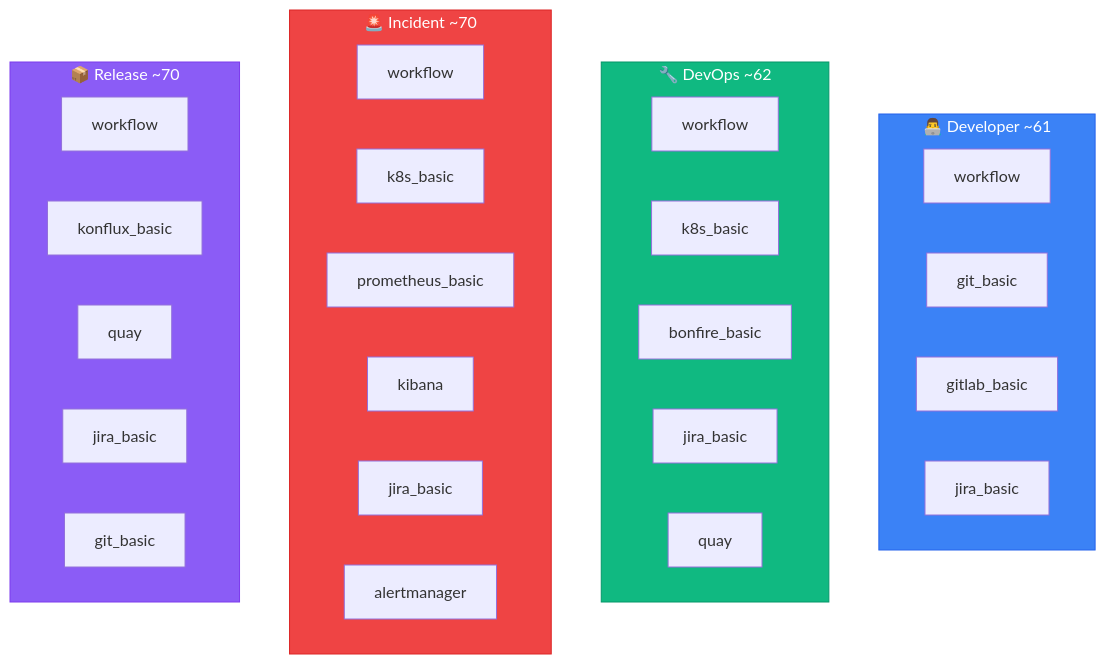
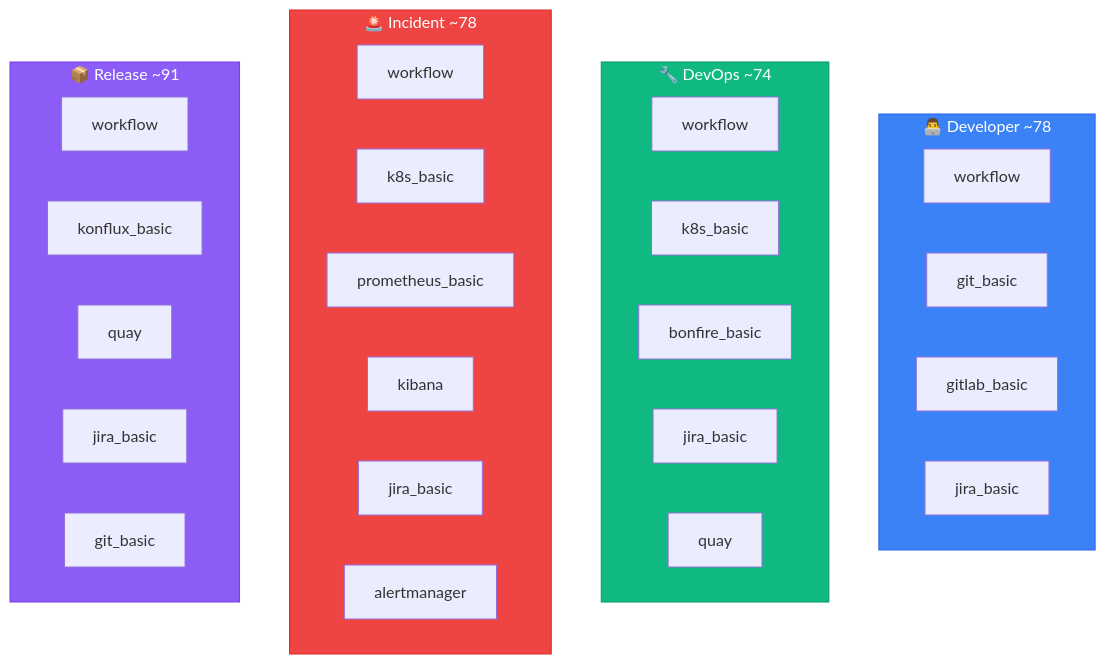
Before and after one commit to dmzoneill/redhat-ai-workflow: the second of 2 diagrams in docs/personas/README.md, drawn with Mermaid. The commit also changed other lines of this file and 70 other files, not shown here.

````diff
--- a/docs/personas/README.md
+++ b/docs/personas/README.md
@@ -71,39 +71,39 @@
 ```mermaid
 graph TD
-    subgraph Developer["👨‍💻 Developer ~61"]
+    subgraph Developer["👨‍💻 Developer ~78"]
         D_WF[workflow]
         D_GIT[git_basic]
         D_GITLAB[gitlab_basic]
         D_JIRA[jira_basic]
     end
 
-    subgraph DevOps["🔧 DevOps ~62"]
+    subgraph DevOps["🔧 DevOps ~74"]
         O_WF[workflow]
         O_K8S[k8s_basic]
         O_BON[bonfire_basic]
         O_JIRA[jira_basic]
         O_QUAY[quay]
     end
 
-    subgraph Incident["🚨 Incident ~70"]
+    subgraph Incident["🚨 Incident ~78"]
         I_WF[workflow]
         I_K8S[k8s_basic]
         I_PROM[prometheus_basic]
         I_KIB[kibana]
         I_JIRA[jira_basic]
         I_ALERT[alertmanager]
     end
 
-    subgraph Release["📦 Release ~70"]
+    subgraph Release["📦 Release ~91"]
         R_WF[workflow]
         R_KON[konflux_basic]
         R_QUAY[quay]
         R_JIRA[jira_basic]
         R_GIT[git_basic]
     end
 
     style Developer fill:#3b82f6,stroke:#2563eb,color:#fff
     style DevOps fill:#10b981,stroke:#059669,color:#fff
     style Incident fill:#ef4444,stroke:#dc2626,color:#fff
     style Release fill:#8b5cf6,stroke:#7c3aed,color:#fff
 ```
````
